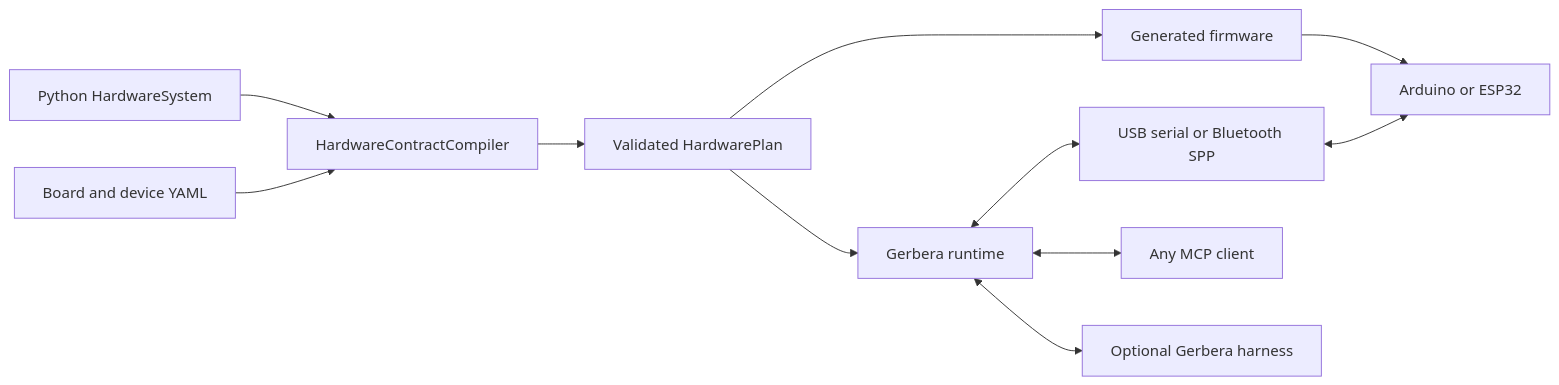
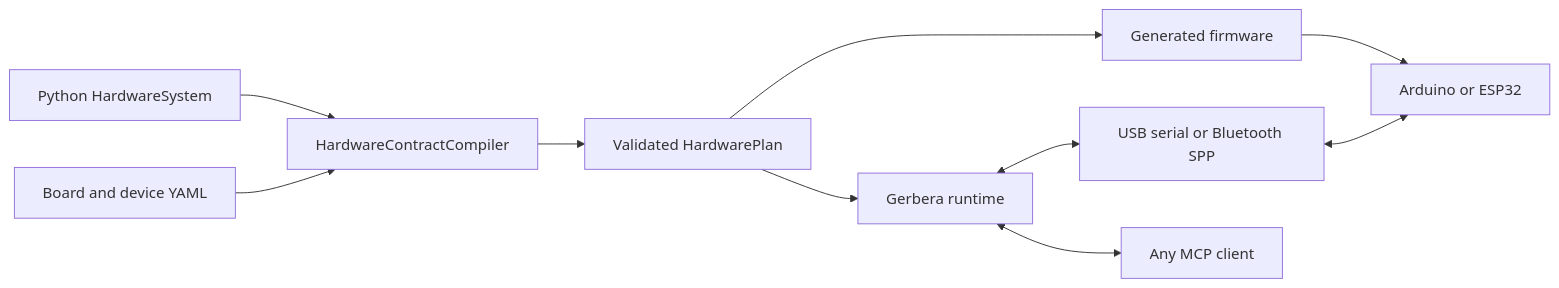
Before and after one commit to BaronLiu1993/gerbera: the diagram in README.md, drawn with Mermaid. The commit also changed other lines of this file and 4 other files, not shown here.

````diff
--- a/README.md
+++ b/README.md
@@ -55,15 +54,14 @@
 ```mermaid
 flowchart LR
     Declaration[Python HardwareSystem] --> Compiler[HardwareContractCompiler]
     Config[Board and device YAML] --> Compiler
     Compiler --> Plan[Validated HardwarePlan]
 
     Plan --> Firmware[Generated firmware]
     Firmware --> Board[Arduino or ESP32]
 
     Plan --> Runtime[Gerbera runtime]
     Runtime <--> Transport[USB serial or Bluetooth SPP]
     Transport <--> Board
     Runtime <--> Client[Any MCP client]
-    Runtime <--> Harness[Optional Gerbera harness]
 ```
````
